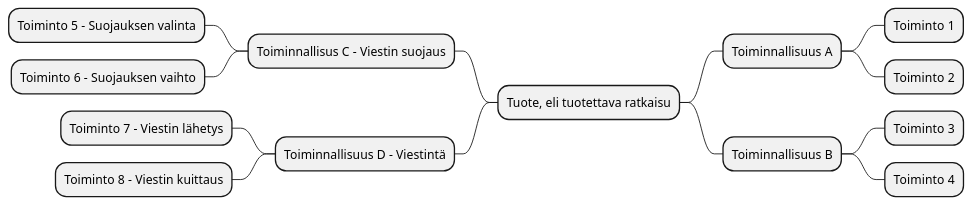
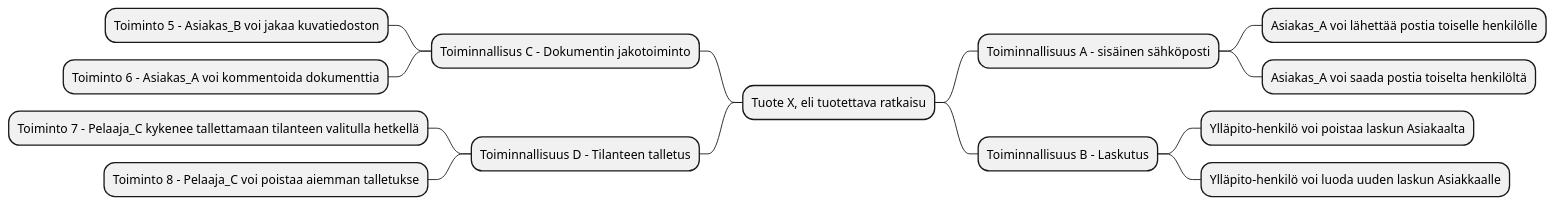
One commit to ninaleo/ransut-core changed the fourth of 6 diagrams in dokumentit/20-Vaatimustenhallinta/vaatimusmaaritely-tiivis.md. Above: the diagram before and after it, drawn with PlantUML. The commit also changed other lines of this file, not shown here.

````diff
--- a/dokumentit/20-Vaatimustenhallinta/vaatimusmaaritely-tiivis.md
+++ b/dokumentit/20-Vaatimustenhallinta/vaatimusmaaritely-tiivis.md
@@ -170,17 +183,17 @@
 ```plantuml
 @startmindmap
-+ Tuote, eli tuotettava ratkaisu
-++ Toiminnallisuus A
-+++ Toiminto 1
-+++ Toiminto 2
-++ Toiminnallisuus B
-+++ Toiminto 3
-+++ Toiminto 4
--- Toiminnallisus C - Viestin suojaus
---- Toiminto 5 - Suojauksen valinta
---- Toiminto 6 - Suojauksen vaihto
--- Toiminnallisuus D - Viestintä
---- Toiminto 7 - Viestin lähetys
---- Toiminto 8 - Viestin kuittaus
++ Tuote X, eli tuotettava ratkaisu
+++ Toiminnallisuus A - sisäinen sähköposti
++++ Asiakas_A voi lähettää postia toiselle henkilölle
++++ Asiakas_A voi saada postia toiselta henkilöltä
+++ Toiminnallisuus B - Laskutus
++++ Ylläpito-henkilö voi poistaa laskun Asiakaalta
++++ Ylläpito-henkilö voi luoda uuden laskun Asiakkaalle
+-- Toiminnallisus C - Dokumentin jakotoiminto
+--- Toiminto 5 - Asiakas_B voi jakaa kuvatiedoston
+--- Toiminto 6 - Asiakas_A voi kommentoida dokumenttia
+-- Toiminnallisuus D - Tilanteen talletus
+--- Toiminto 7 - Pelaaja_C kykenee tallettamaan tilanteen valitulla hetkellä
+--- Toiminto 8 - Pelaaja_C voi poistaa aiemman talletukse
 @endmindmap
 ```
````
